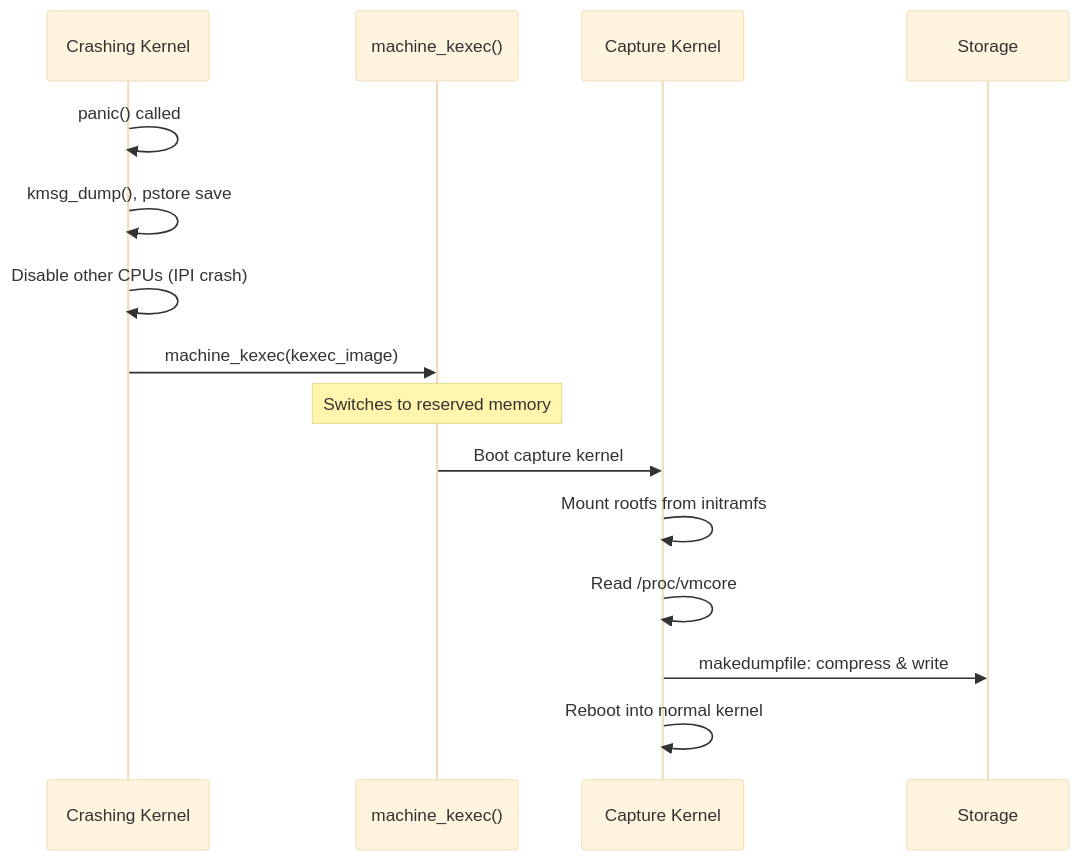
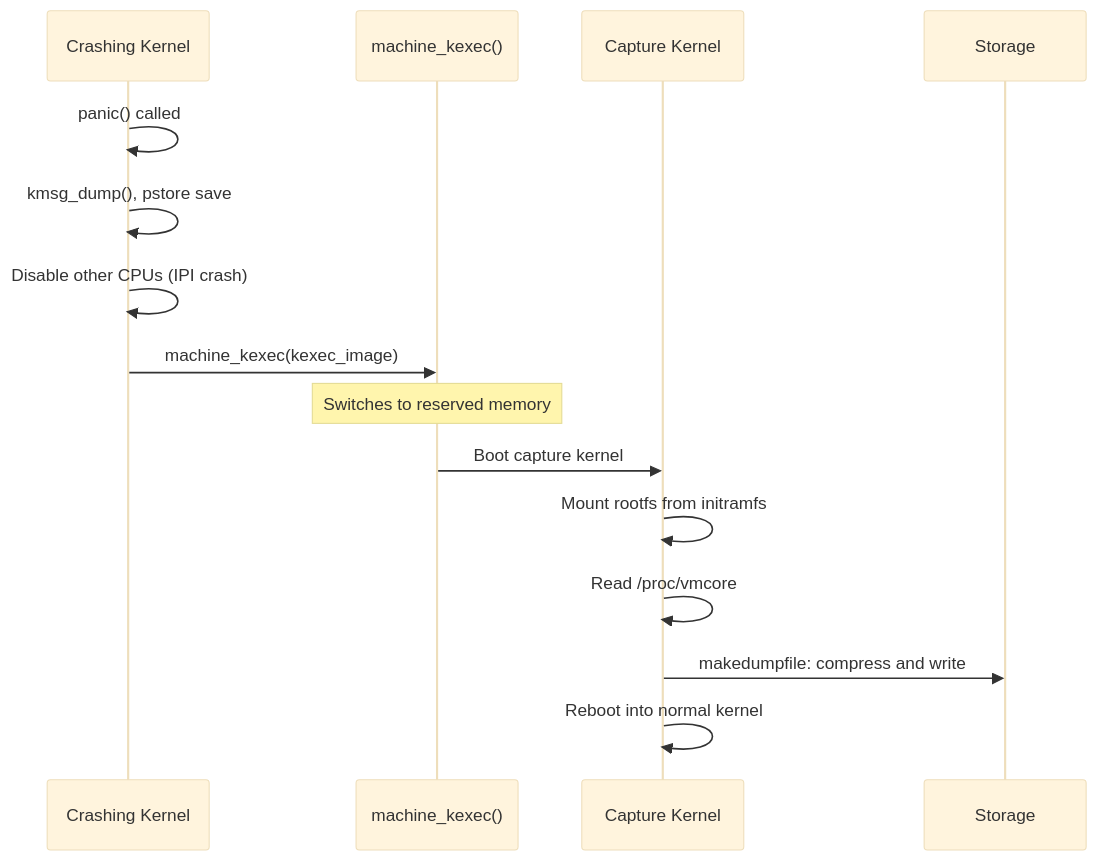
The second of 2 diagrams in src/kernel/debugging/crash-dump.md (Abhinav-Kumar012/lb2), drawn with Mermaid (base theme) before and after one commit. The commit also changed 4 other files, not shown here.

Commit message:
fix: mermaid syntax - kernel/filesystems

````diff
--- a/src/kernel/debugging/crash-dump.md
+++ b/src/kernel/debugging/crash-dump.md
@@ -80,18 +80,18 @@
 ```mermaid
 sequenceDiagram
     participant Kernel as Crashing Kernel
     participant KEXEC as machine_kexec()
     participant Capture as Capture Kernel
     participant Disk as Storage
 
     Kernel->>Kernel: panic() called
     Kernel->>Kernel: kmsg_dump(), pstore save
     Kernel->>Kernel: Disable other CPUs (IPI crash)
     Kernel->>KEXEC: machine_kexec(kexec_image)
     Note over KEXEC: Switches to reserved memory
     KEXEC->>Capture: Boot capture kernel
     Capture->>Capture: Mount rootfs from initramfs
     Capture->>Capture: Read /proc/vmcore
-    Capture->>Disk: makedumpfile: compress & write
+    Capture->>Disk: makedumpfile: compress and write
     Capture->>Capture: Reboot into normal kernel
 ```
````
